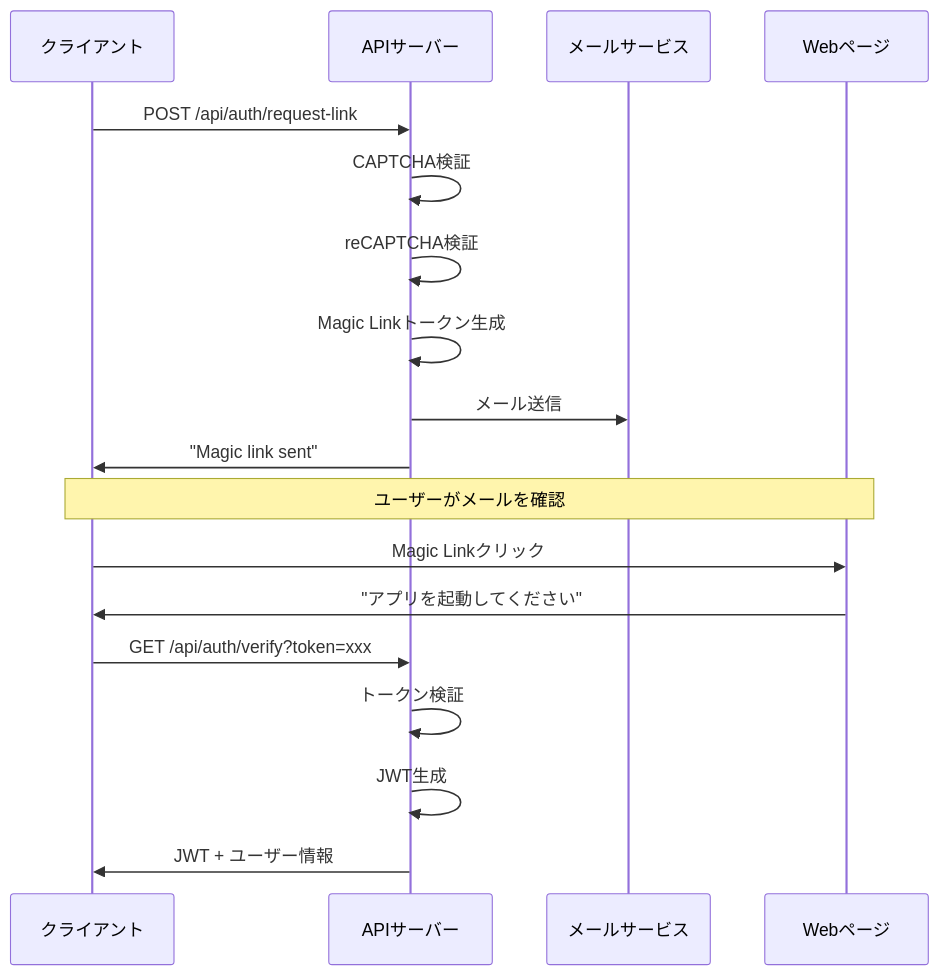
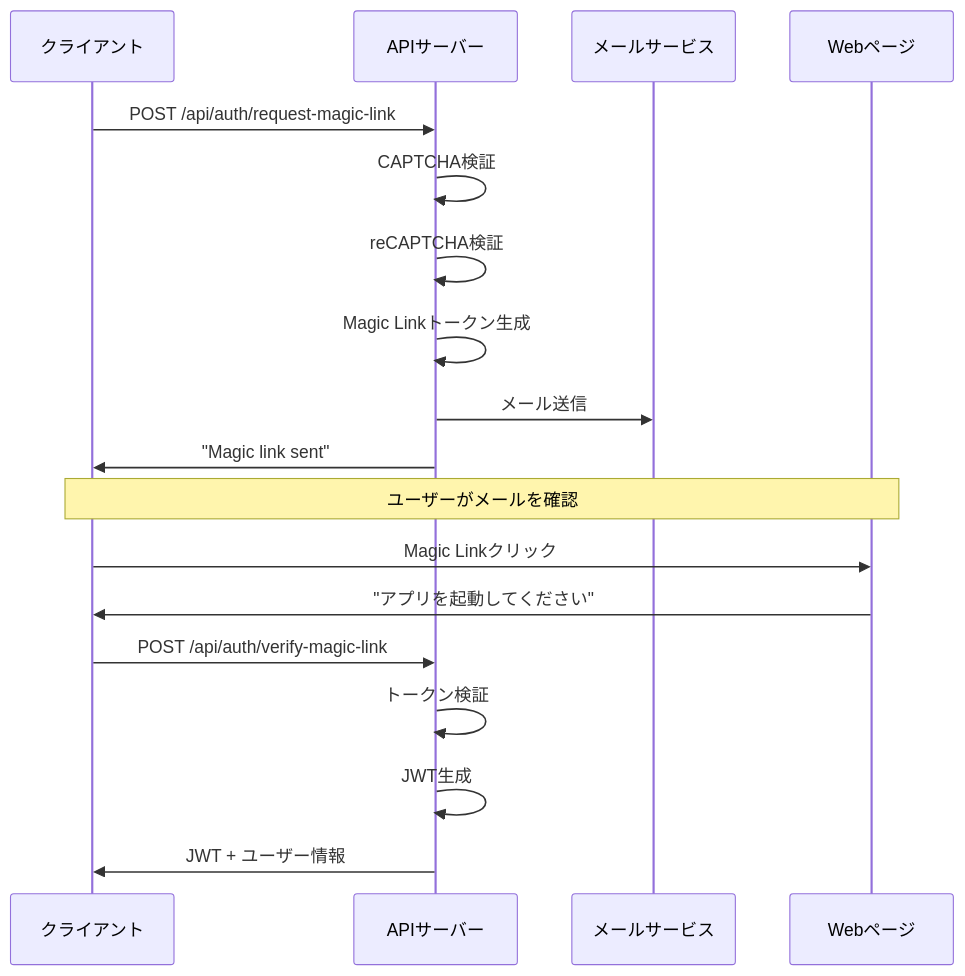
One commit to challenge-marlin/janken-core changed the first of 3 diagrams in docs/api/auth.md. Above: the diagram before and after it, drawn with Mermaid. The commit also changed other lines of this file and 16 other files, not shown here.

````diff
--- a/docs/api/auth.md
+++ b/docs/api/auth.md
@@ -22,23 +22,23 @@
 ```mermaid
 sequenceDiagram
     participant C as クライアント
     participant A as APIサーバー
     participant E as メールサービス
     participant W as Webページ
     
-    C->>A: POST /api/auth/request-link
+    C->>A: POST /api/auth/request-magic-link
     A->>A: CAPTCHA検証
     A->>A: reCAPTCHA検証
     A->>A: Magic Linkトークン生成
     A->>E: メール送信
     A->>C: "Magic link sent"
     
     Note over C,W: ユーザーがメールを確認
     C->>W: Magic Linkクリック
     W->>C: "アプリを起動してください"
     
-    C->>A: GET /api/auth/verify?token=xxx
+    C->>A: POST /api/auth/verify-magic-link
     A->>A: トークン検証
     A->>A: JWT生成
     A->>C: JWT + ユーザー情報
 ```
````
